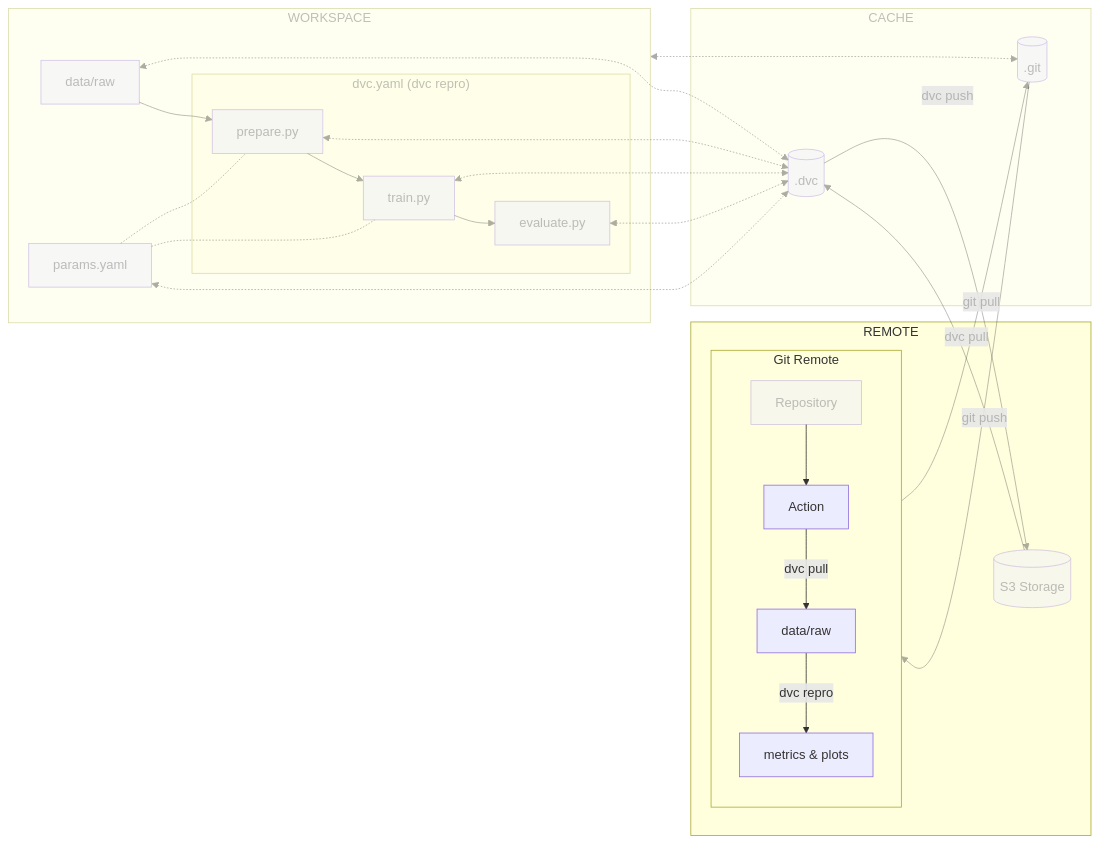
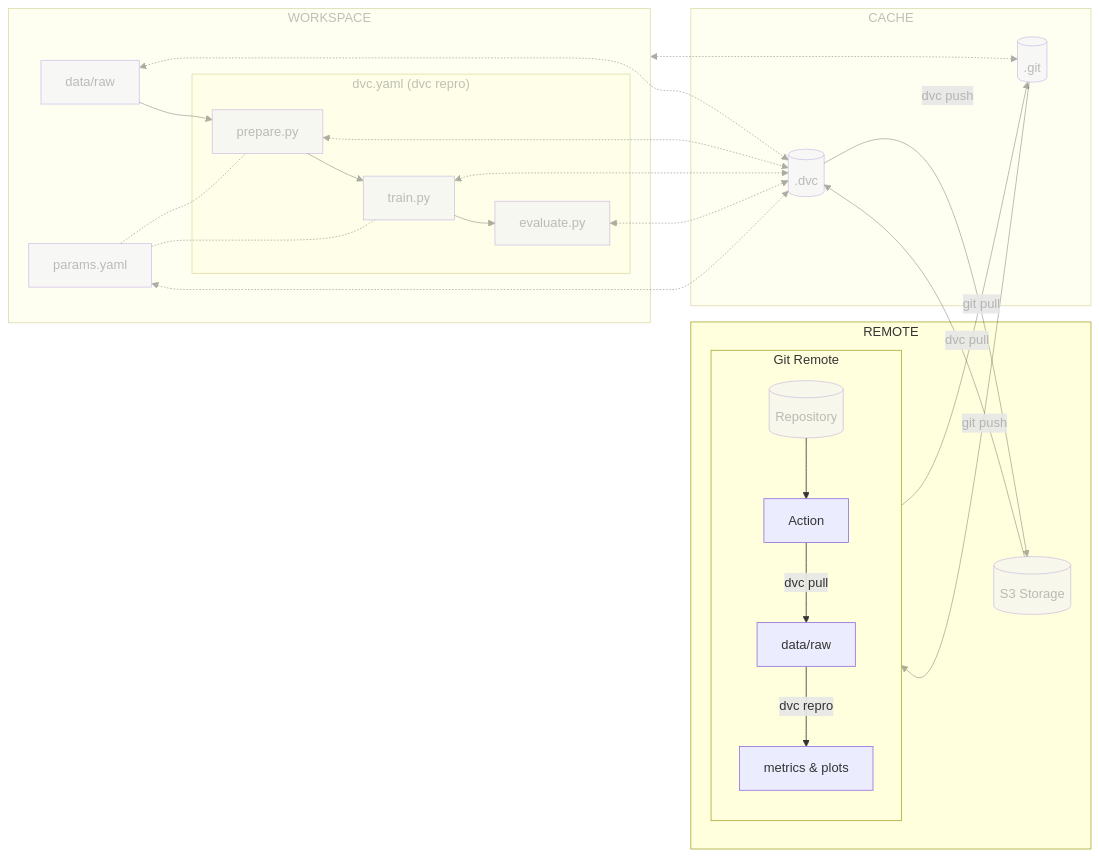
Before and after one commit to swiss-ai-center/a-guide-to-mlops: the diagram in docs/part-2-move-the-model-to-the-cloud/chapter-8-reproduce-the-ml-experiment-in-a-cicd-pipeline.md, drawn with Mermaid. The commit also changed 6 other files, not shown here.

````diff
--- a/docs/part-2-move-the-model-to-the-cloud/chapter-8-reproduce-the-ml-experiment-in-a-cicd-pipeline.md
+++ b/docs/part-2-move-the-model-to-the-cloud/chapter-8-reproduce-the-ml-experiment-in-a-cicd-pipeline.md
@@ -32,61 +32,61 @@
 ```mermaid
 flowchart LR
     dot_dvc[(.dvc)] -->|dvc push| s3_storage[(S3 Storage)]
     s3_storage -->|dvc pull| dot_dvc
     dot_git[(.git)] -->|git push| gitGraph[Git Remote]
     gitGraph -->|git pull| dot_git
     workspaceGraph <-....-> dot_git
     data[data/raw] <-.-> dot_dvc
     subgraph remoteGraph[REMOTE]
         s3_storage
         subgraph gitGraph[Git Remote]
-            repository[Repository] --> action[Action]
+            repository[(Repository)] --> action[Action]
             action -->|dvc pull| action_data[data/raw]
             action_data -->|dvc repro| action_out[metrics & plots]
         end
     end
     subgraph cacheGraph[CACHE]
         dot_dvc
         dot_git
     end
     subgraph workspaceGraph[WORKSPACE]
         prepare[prepare.py] <-.-> dot_dvc
         train[train.py] <-.-> dot_dvc
         evaluate[evaluate.py] <-.-> dot_dvc
         data --> prepare
         subgraph dvcGraph["dvc.yaml (dvc repro)"]
             prepare --> train
             train --> evaluate
         end
         params[params.yaml] -.- prepare
         params -.- train
         params <-.-> dot_dvc
     end
     style cacheGraph opacity:0.4,color:#7f7f7f80
     style workspaceGraph opacity:0.4,color:#7f7f7f80
     style dot_git opacity:0.4,color:#7f7f7f80
     style dot_dvc opacity:0.4,color:#7f7f7f80
     style data opacity:0.4,color:#7f7f7f80
     style prepare opacity:0.4,color:#7f7f7f80
     style params opacity:0.4,color:#7f7f7f80
     style train opacity:0.4,color:#7f7f7f80
     style evaluate opacity:0.4,color:#7f7f7f80
     style dvcGraph opacity:0.4,color:#7f7f7f80
     style s3_storage opacity:0.4,color:#7f7f7f80
     style repository opacity:0.4,color:#7f7f7f80
     linkStyle 0 opacity:0.4,color:#7f7f7f80
     linkStyle 1 opacity:0.4,color:#7f7f7f80
     linkStyle 2 opacity:0.4,color:#7f7f7f80
     linkStyle 3 opacity:0.4,color:#7f7f7f80
     linkStyle 4 opacity:0.4,color:#7f7f7f80
     linkStyle 5 opacity:0.4,color:#7f7f7f80
     linkStyle 9 opacity:0.4,color:#7f7f7f80
     linkStyle 10 opacity:0.4,color:#7f7f7f80
     linkStyle 11 opacity:0.4,color:#7f7f7f80
     linkStyle 12 opacity:0.4,color:#7f7f7f80
     linkStyle 13 opacity:0.4,color:#7f7f7f80
     linkStyle 14 opacity:0.4,color:#7f7f7f80
     linkStyle 15 opacity:0.4,color:#7f7f7f80
     linkStyle 16 opacity:0.4,color:#7f7f7f80
     linkStyle 17 opacity:0.4,color:#7f7f7f80
 ```
````
